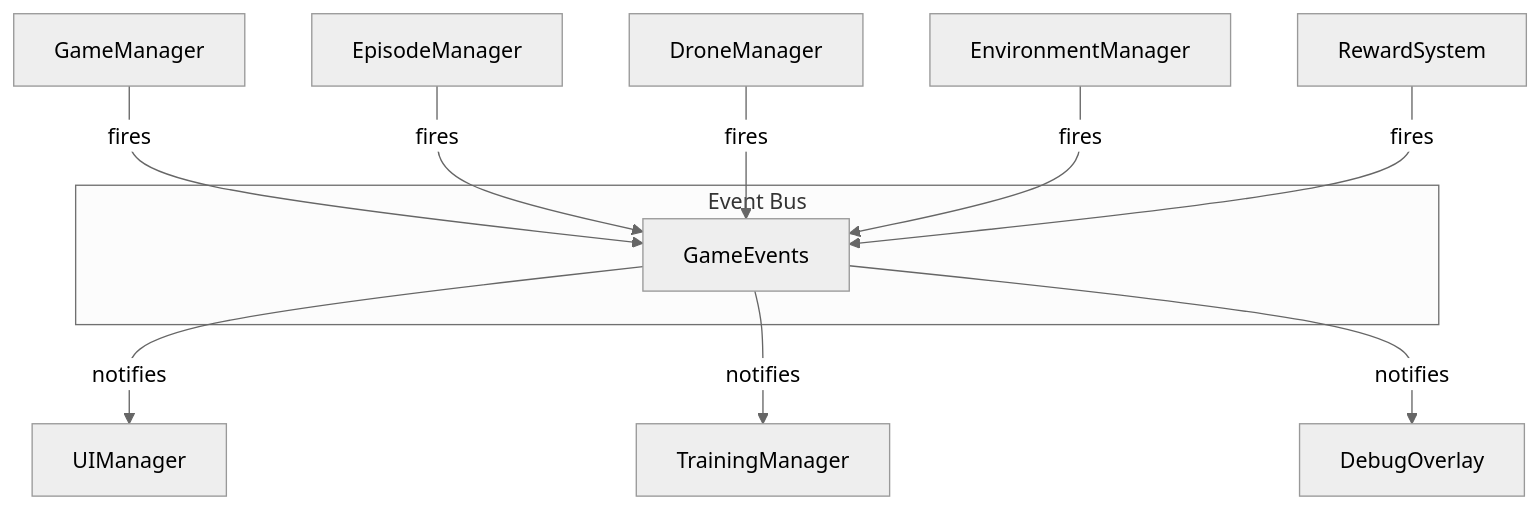
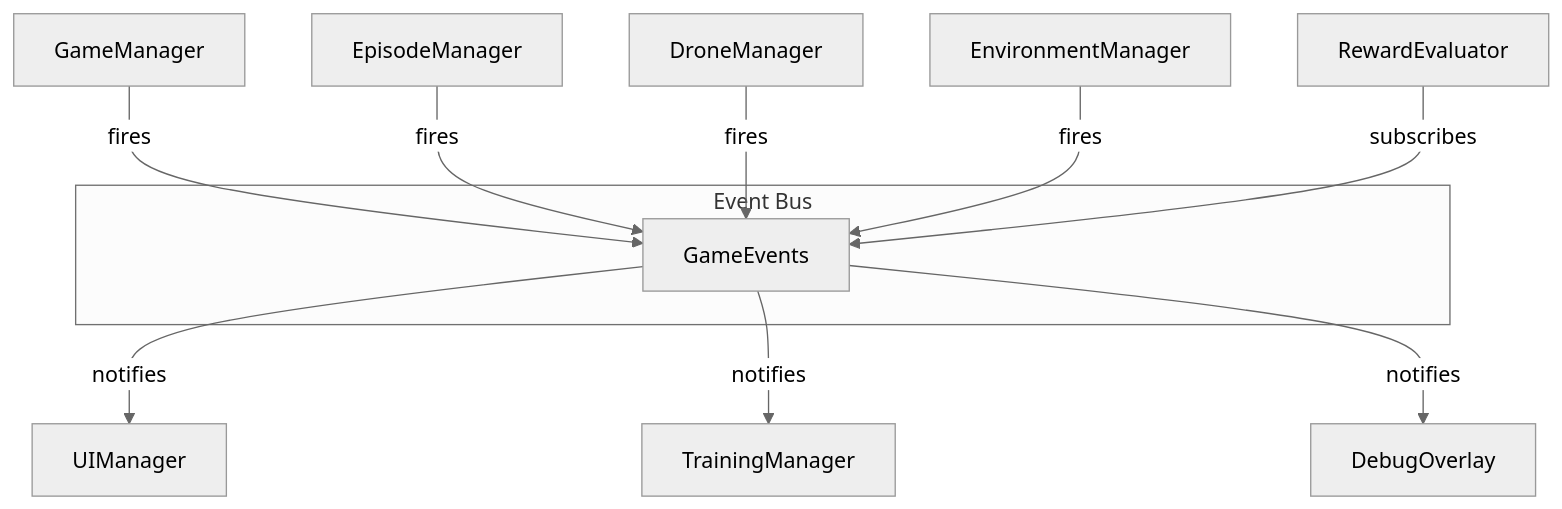
The seventh of 15 diagrams in Documentation/17_SOFTWARE_DESIGN_SPECIFICATION.md (NihaalGharat/ADRL-Rescue), drawn with Mermaid (neutral theme) before and after one commit. The commit also changed other lines of this file and 51 other files, not shown here.

First line of the commit message:
feat(rewards): complete Phase 7.3 reward system and validation

````diff
--- a/Documentation/17_SOFTWARE_DESIGN_SPECIFICATION.md
+++ b/Documentation/17_SOFTWARE_DESIGN_SPECIFICATION.md
@@ -1481,16 +1506,16 @@
 ```mermaid
 graph TD
     subgraph "Event Bus"
         EB[GameEvents]
     end
     
     GS[GameManager] -->|fires| EB
     EM[EpisodeManager] -->|fires| EB
     DM[DroneManager] -->|fires| EB
     ENV[EnvironmentManager] -->|fires| EB
-    RS[RewardSystem] -->|fires| EB
+    RS[RewardEvaluator] -->|subscribes| EB
     
     EB -->|notifies| UIM[UIManager]
     EB -->|notifies| TM[TrainingManager]
     EB -->|notifies| DBG[DebugOverlay]
 ```
````
